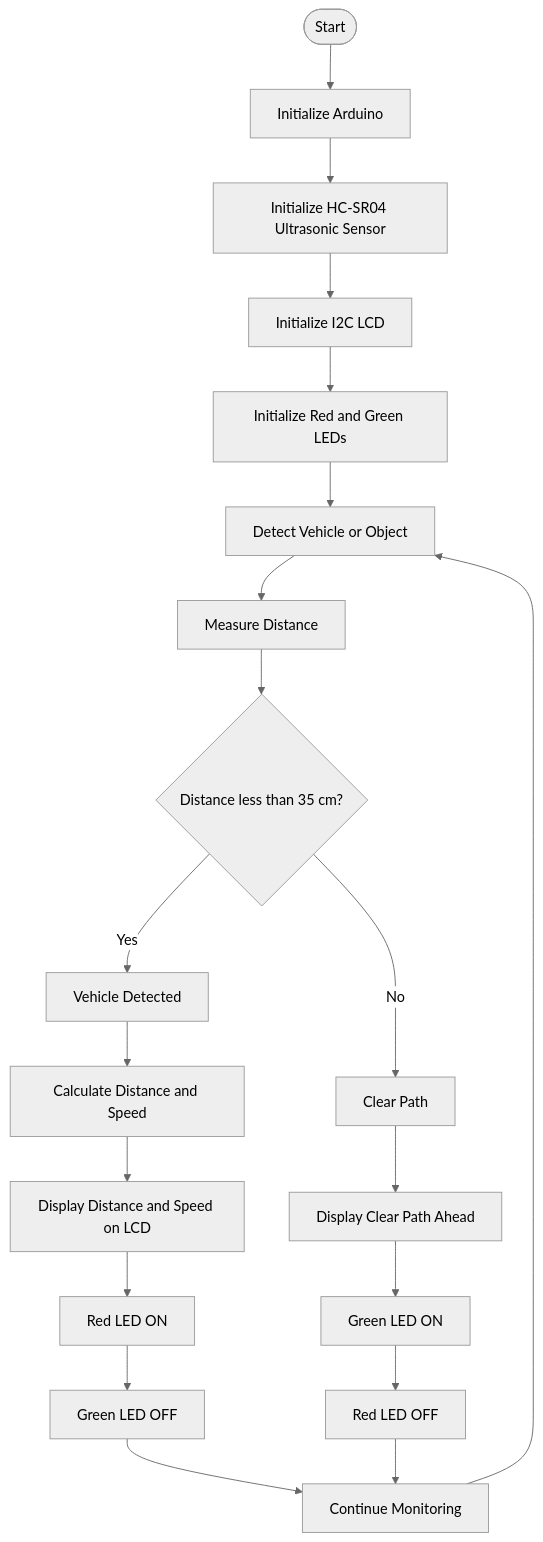
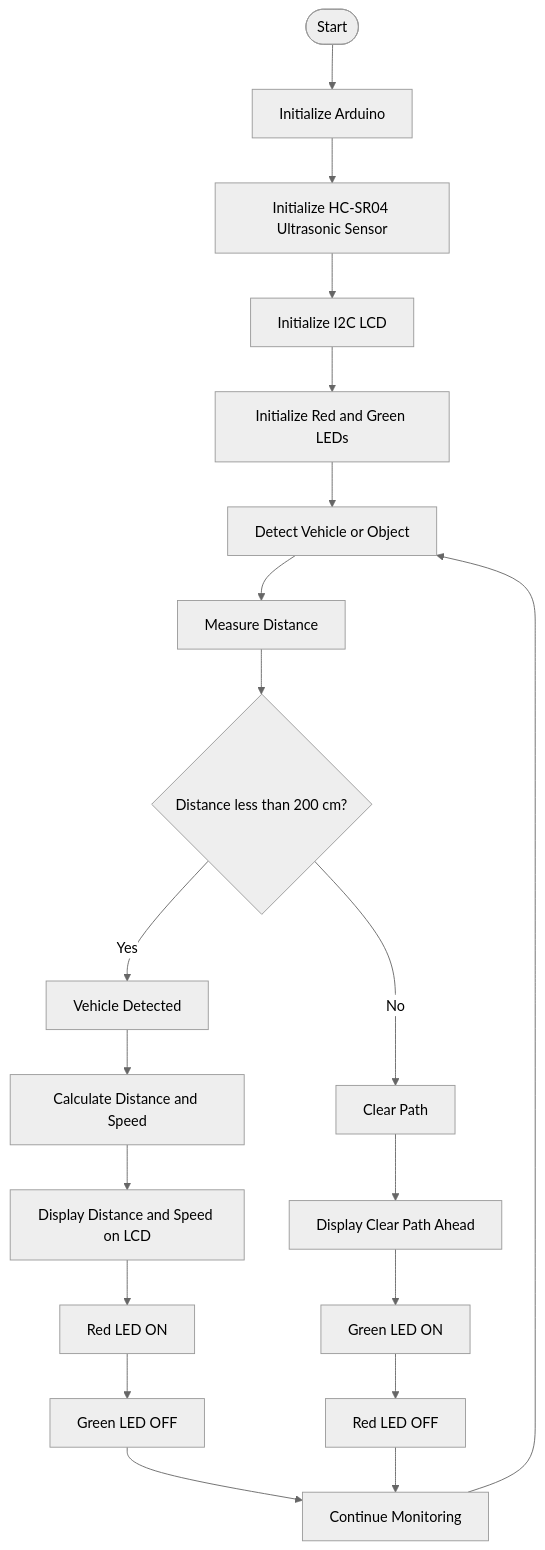
One commit to Vignesh-Manchana/Prevention-of-Accidents-Due-to-Blind-Spots changed the diagram in README.md. Above: the diagram before and after it, drawn with Mermaid (neutral theme).

Commit message:
Project Details

````diff
--- a/README.md
+++ b/README.md
@@ -129,27 +129,27 @@
 ```mermaid
 flowchart TD
     A([Start]) --> B[Initialize Arduino]
     B --> C[Initialize HC-SR04 Ultrasonic Sensor]
     C --> D[Initialize I2C LCD]
     D --> E[Initialize Red and Green LEDs]
     E --> F[Detect Vehicle or Object]
 
     F --> G[Measure Distance]
-    G --> H{Distance less than 35 cm?}
+    G --> H{Distance less than 200 cm?}
 
     H -->|Yes| I[Vehicle Detected]
     I --> J[Calculate Distance and Speed]
     J --> K[Display Distance and Speed on LCD]
     K --> L[Red LED ON]
     L --> M[Green LED OFF]
 
     H -->|No| N[Clear Path]
     N --> O[Display Clear Path Ahead]
     O --> P[Green LED ON]
     P --> Q[Red LED OFF]
 
     M --> R[Continue Monitoring]
     Q --> R
 
     R --> F
 ```
````
